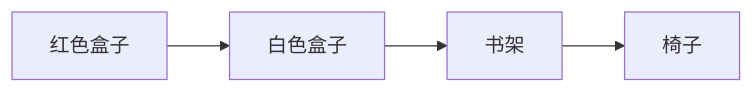
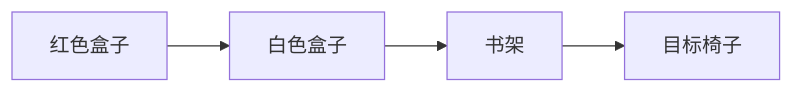
Before and after one commit to LunarScoop/blog: the first of 2 diagrams in src/content/blog/cot3dref-3d-visual-grounding.md, drawn with Mermaid. The commit also changed other lines of this file, not shown here.

````diff
--- a/src/content/blog/cot3dref-3d-visual-grounding.md
+++ b/src/content/blog/cot3dref-3d-visual-grounding.md
@@ -43,6 +44,6 @@
 ```mermaid
 flowchart LR
     A[红色盒子] --> B[白色盒子]
     B --> C[书架]
-    C --> D[椅子]
+    C --> D[目标椅子]
 ```
````
